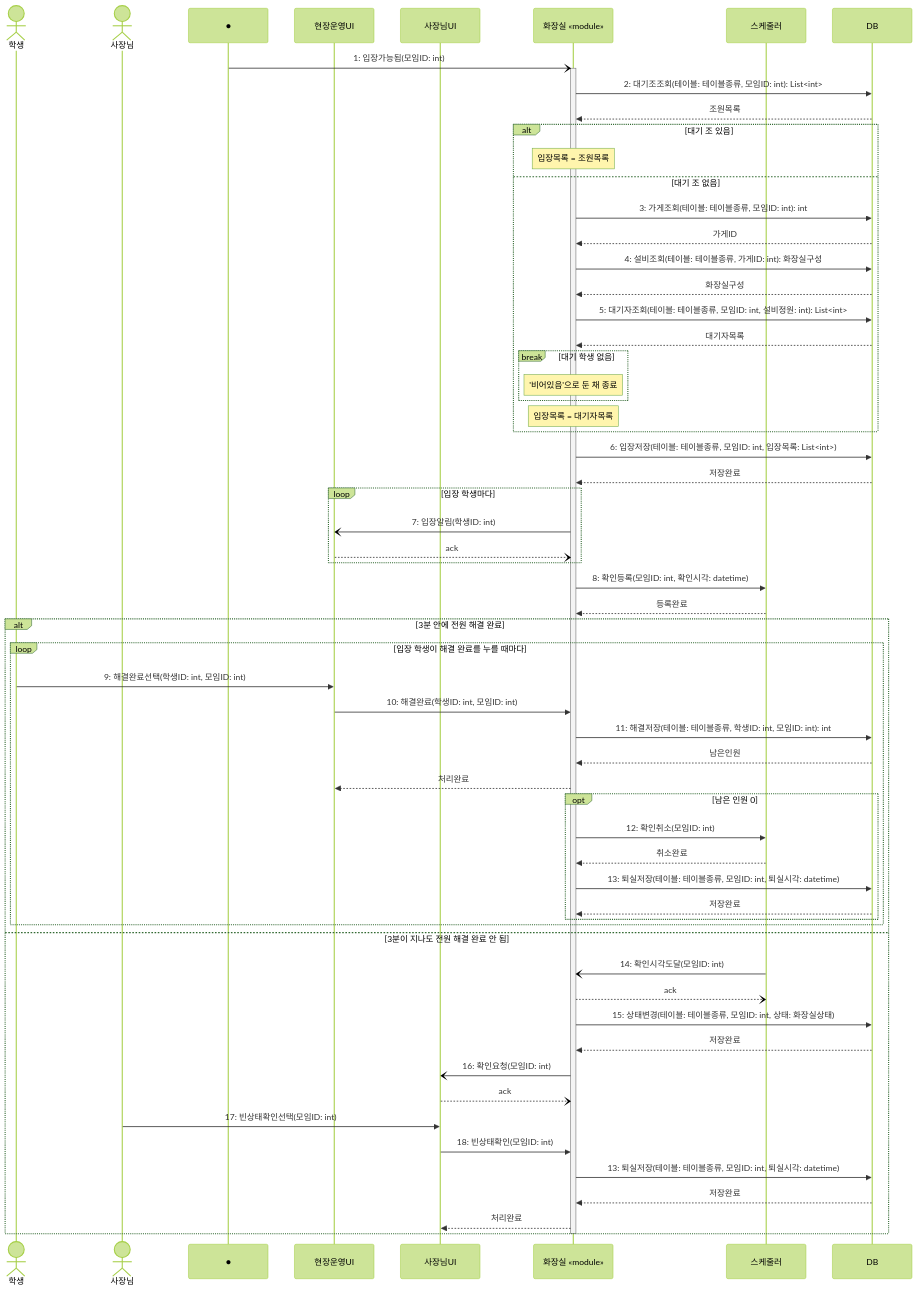
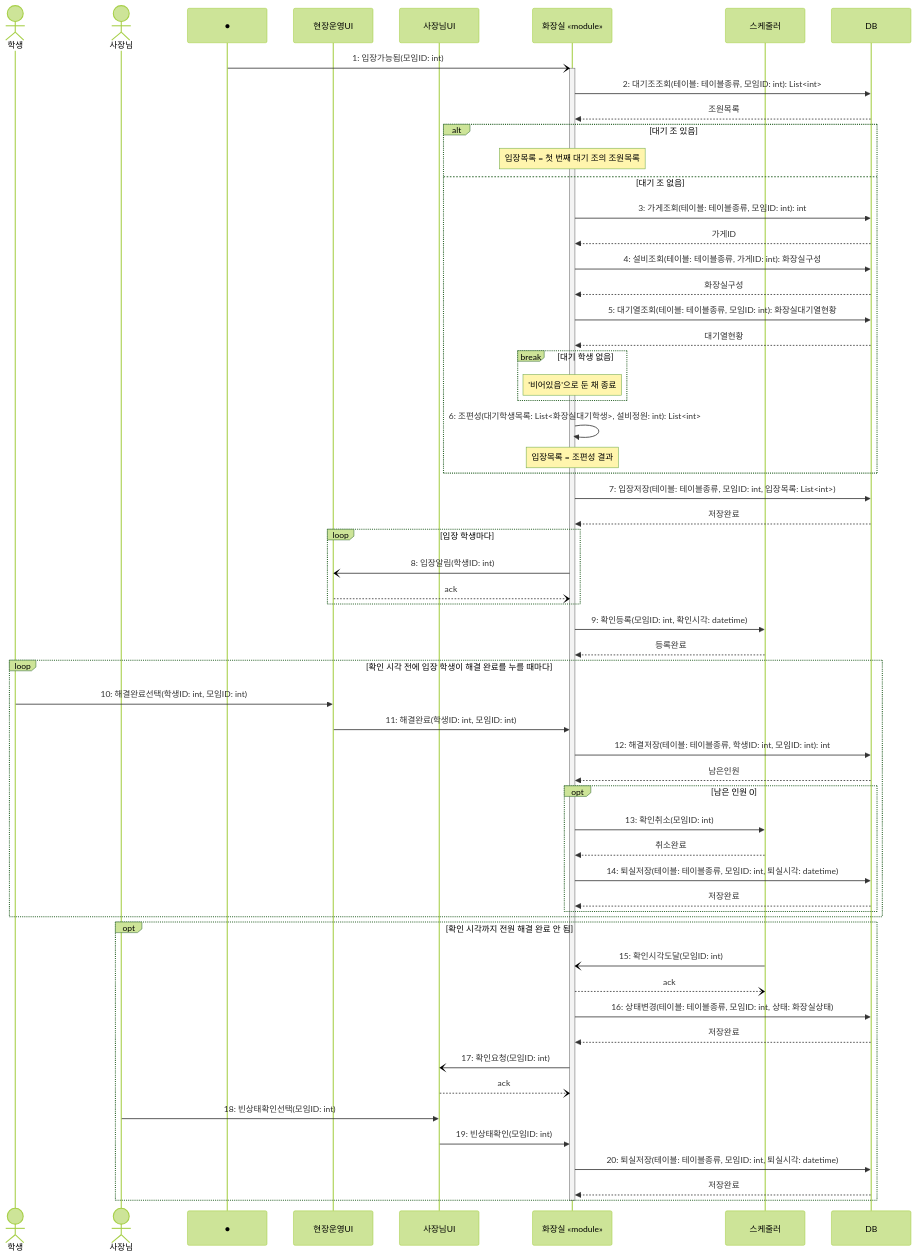
One commit to hojae3/sw-engineering-16 changed the diagram in draft/hojae/18-2/seq-18-2.md. Above: the diagram before and after it, drawn with Mermaid (forest theme). The commit also changed other lines of this file and 3 other files, not shown here.

````diff
--- a/draft/hojae/18-2/seq-18-2.md
+++ b/draft/hojae/18-2/seq-18-2.md
@@ -31,68 +31,67 @@
 ```mermaid
 sequenceDiagram
     actor 학생
     actor 사장님
     participant Found as ●
     participant 화면 as 현장운영UI
     participant 사장화면 as 사장님UI
     participant 화장실 as 화장실 «module»
     participant 스케줄러 as 스케줄러
     participant DB as DB
 
     Found-)+화장실: 1: 입장가능됨(모임ID: int)
     화장실->>DB: 2: 대기조조회(테이블: 테이블종류, 모임ID: int): List<int>
     DB-->>화장실: 조원목록
 
     alt 대기 조 있음
-        Note over 화장실: 입장목록 = 조원목록
+        Note over 화장실: 입장목록 = 첫 번째 대기 조의 조원목록
     else 대기 조 없음
         화장실->>DB: 3: 가게조회(테이블: 테이블종류, 모임ID: int): int
         DB-->>화장실: 가게ID
         화장실->>DB: 4: 설비조회(테이블: 테이블종류, 가게ID: int): 화장실구성
         DB-->>화장실: 화장실구성
-        화장실->>DB: 5: 대기자조회(테이블: 테이블종류, 모임ID: int, 설비정원: int): List<int>
-        DB-->>화장실: 대기자목록
+        화장실->>DB: 5: 대기열조회(테이블: 테이블종류, 모임ID: int): 화장실대기열현황
+        DB-->>화장실: 대기열현황
         break 대기 학생 없음
             Note over 화장실: '비어있음'으로 둔 채 종료
         end
-        Note over 화장실: 입장목록 = 대기자목록
+        화장실->>화장실: 6: 조편성(대기학생목록: List<화장실대기학생>, 설비정원: int): List<int>
+        Note over 화장실: 입장목록 = 조편성 결과
     end
 
-    화장실->>DB: 6: 입장저장(테이블: 테이블종류, 모임ID: int, 입장목록: List<int>)
+    화장실->>DB: 7: 입장저장(테이블: 테이블종류, 모임ID: int, 입장목록: List<int>)
     DB-->>화장실: 저장완료
     loop 입장 학생마다
-        화장실-)화면: 7: 입장알림(학생ID: int)
+        화장실-)화면: 8: 입장알림(학생ID: int)
         화면--)화장실: ack
     end
-    화장실->>스케줄러: 8: 확인등록(모임ID: int, 확인시각: datetime)
+    화장실->>스케줄러: 9: 확인등록(모임ID: int, 확인시각: datetime)
     스케줄러-->>화장실: 등록완료
 
-    alt 3분 안에 전원 해결 완료
-        loop 입장 학생이 해결 완료를 누를 때마다
-            학생->>화면: 9: 해결완료선택(학생ID: int, 모임ID: int)
-            화면->>화장실: 10: 해결완료(학생ID: int, 모임ID: int)
-            화장실->>DB: 11: 해결저장(테이블: 테이블종류, 학생ID: int, 모임ID: int): int
-            DB-->>화장실: 남은인원
-            화장실-->>화면: 처리완료
-            opt 남은 인원 0
-                화장실->>스케줄러: 12: 확인취소(모임ID: int)
-                스케줄러-->>화장실: 취소완료
-                화장실->>DB: 13: 퇴실저장(테이블: 테이블종류, 모임ID: int, 퇴실시각: datetime)
-                DB-->>화장실: 저장완료
-            end
+    loop 확인 시각 전에 입장 학생이 해결 완료를 누를 때마다
+        학생->>화면: 10: 해결완료선택(학생ID: int, 모임ID: int)
+        화면->>화장실: 11: 해결완료(학생ID: int, 모임ID: int)
+        화장실->>DB: 12: 해결저장(테이블: 테이블종류, 학생ID: int, 모임ID: int): int
+        DB-->>화장실: 남은인원
+        opt 남은 인원 0
+            화장실->>스케줄러: 13: 확인취소(모임ID: int)
+            스케줄러-->>화장실: 취소완료
+            화장실->>DB: 14: 퇴실저장(테이블: 테이블종류, 모임ID: int, 퇴실시각: datetime)
+            DB-->>화장실: 저장완료
         end
-    else 3분이 지나도 전원 해결 완료 안 됨
-        스케줄러-)화장실: 14: 확인시각도달(모임ID: int)
+    end
+
+    opt 확인 시각까지 전원 해결 완료 안 됨
+        스케줄러-)화장실: 15: 확인시각도달(모임ID: int)
         화장실--)스케줄러: ack
-        화장실->>DB: 15: 상태변경(테이블: 테이블종류, 모임ID: int, 상태: 화장실상태)
+        화장실->>DB: 16: 상태변경(테이블: 테이블종류, 모임ID: int, 상태: 화장실상태)
         DB-->>화장실: 저장완료
-        화장실-)사장화면: 16: 확인요청(모임ID: int)
+        화장실-)사장화면: 17: 확인요청(모임ID: int)
         사장화면--)화장실: ack
-        사장님->>사장화면: 17: 빈상태확인선택(모임ID: int)
-        사장화면->>화장실: 18: 빈상태확인(모임ID: int)
-        화장실->>DB: 13: 퇴실저장(테이블: 테이블종류, 모임ID: int, 퇴실시각: datetime)
+        사장님->>사장화면: 18: 빈상태확인선택(모임ID: int)
+        사장화면->>화장실: 19: 빈상태확인(모임ID: int)
+        화장실->>DB: 20: 퇴실저장(테이블: 테이블종류, 모임ID: int, 퇴실시각: datetime)
         DB-->>화장실: 저장완료
-        화장실-->>사장화면: 처리완료
     end
     deactivate 화장실
 ```
````
